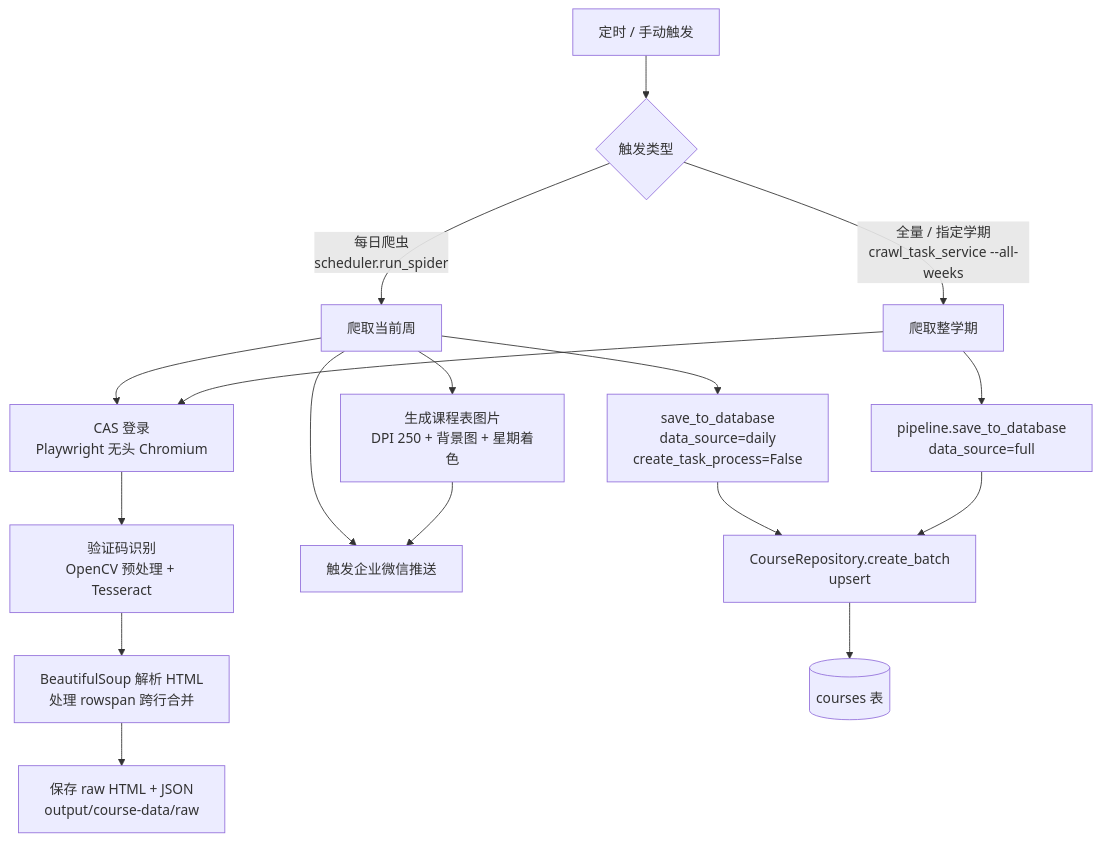
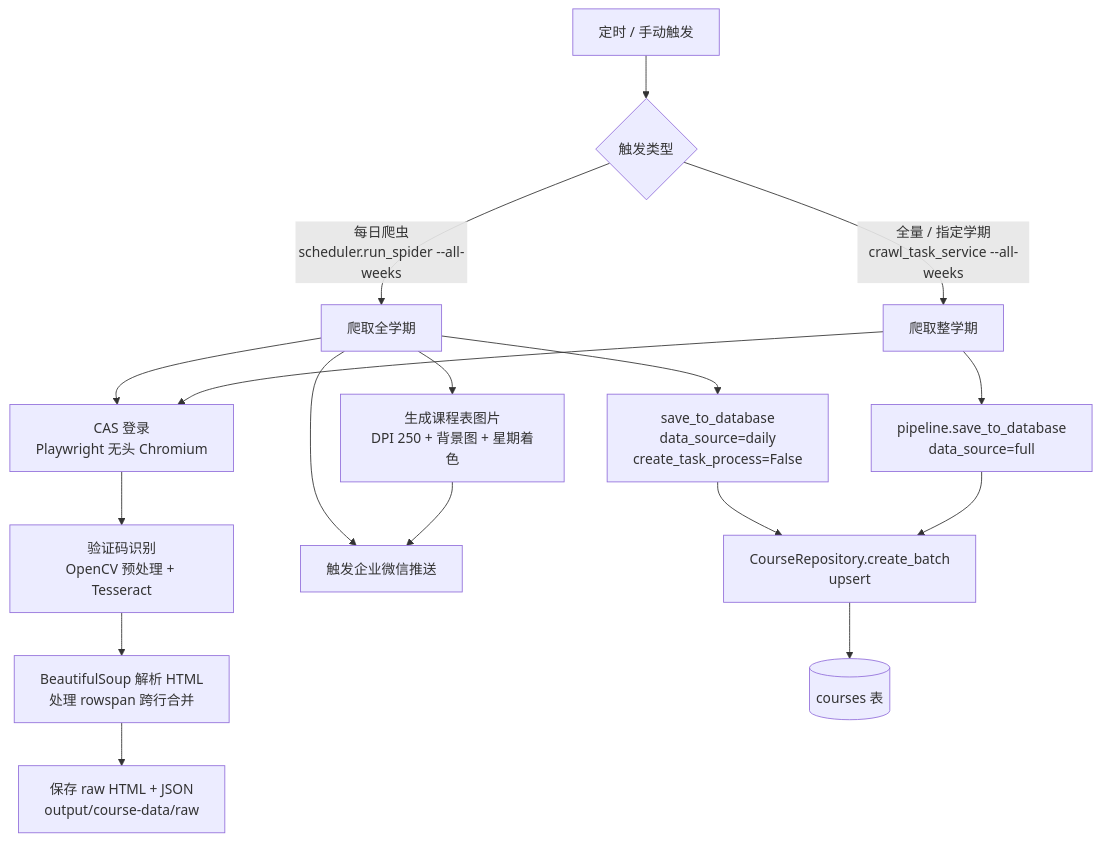
One commit to CherryPainter/campus-info-system changed the fourth of 9 diagrams in Push_System_Flask/README.md. Above: the diagram before and after it, drawn with Mermaid. The commit also changed other lines of this file and 5 other files, not shown here.

````diff
--- a/Push_System_Flask/README.md
+++ b/Push_System_Flask/README.md
@@ -1197,22 +1197,22 @@
 ```mermaid
 flowchart TD
     TRIG[定时 / 手动触发] --> TYPE{触发类型}
-    TYPE -->|每日爬虫<br/>scheduler.run_spider| D[爬取当前周]
+    TYPE -->|每日爬虫<br/>scheduler.run_spider --all-weeks| D[爬取全学期]
     TYPE -->|全量 / 指定学期<br/>crawl_task_service --all-weeks| F[爬取整学期]
 
     D --> LOGIN[CAS 登录<br/>Playwright 无头 Chromium]
     F --> LOGIN
     LOGIN --> OCR[验证码识别<br/>OpenCV 预处理 + Tesseract]
     OCR --> PARSE[BeautifulSoup 解析 HTML<br/>处理 rowspan 跨行合并]
     PARSE --> RAW[保存 raw HTML + JSON<br/>output/course-data/raw]
 
     D --> IMG[生成课程表图片<br/>DPI 250 + 背景图 + 星期着色]
     D --> PUSH_EVENT[触发企业微信推送]
     IMG --> PUSH_EVENT
 
     D --> DDB[save_to_database<br/>data_source=daily<br/>create_task_process=False]
     F --> FDB[pipeline.save_to_database<br/>data_source=full]
     DDB --> BATCH[CourseRepository.create_batch<br/>upsert]
     FDB --> BATCH
     BATCH --> DB[(courses 表)]
 ```
````
